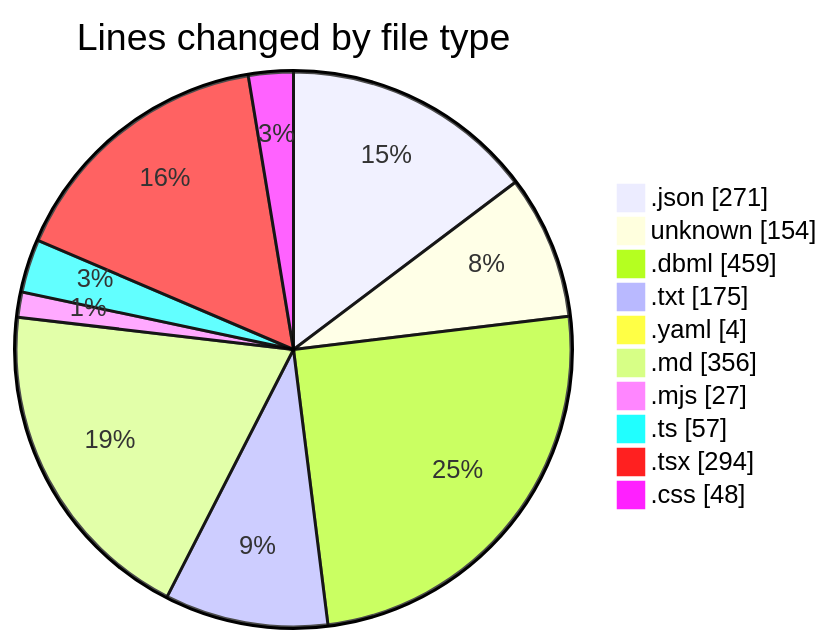
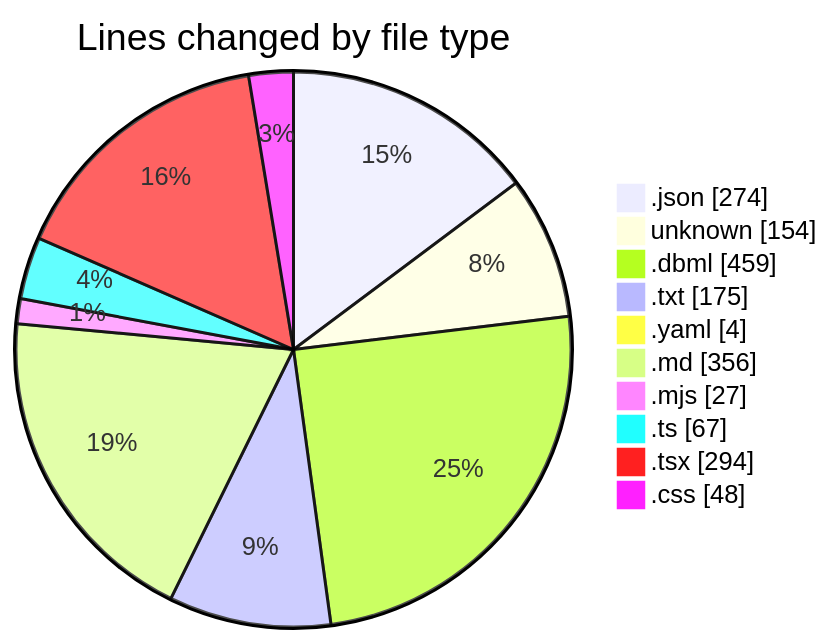
Before and after one commit to mevix1/code-tracking: the first of 2 diagrams in 2025-10-02/oura-api/README.md, drawn with Mermaid. The commit also changed other lines of this file and 1 other file, not shown here.

````diff
--- a/2025-10-02/oura-api/README.md
+++ b/2025-10-02/oura-api/README.md
@@ -45,14 +46,14 @@
 ```mermaid
 pie showData
 title Lines changed by file type
-".json" : 271
+".json" : 274
 "unknown" : 154
 ".dbml" : 459
 ".txt" : 175
 ".yaml" : 4
 ".md" : 356
 ".mjs" : 27
-".ts" : 57
+".ts" : 67
 ".tsx" : 294
 ".css" : 48
 ```
````
